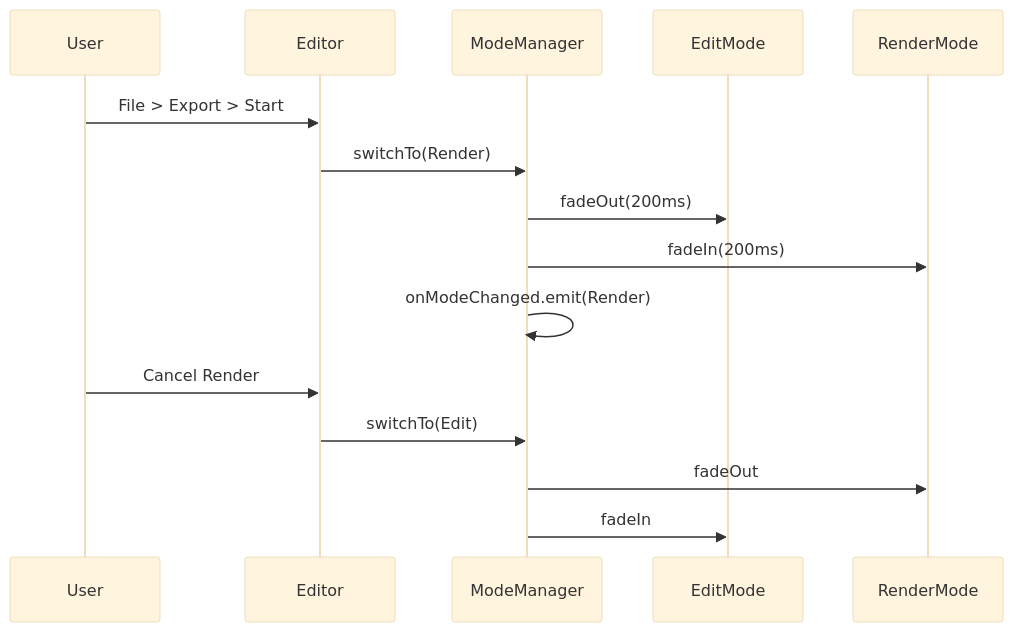
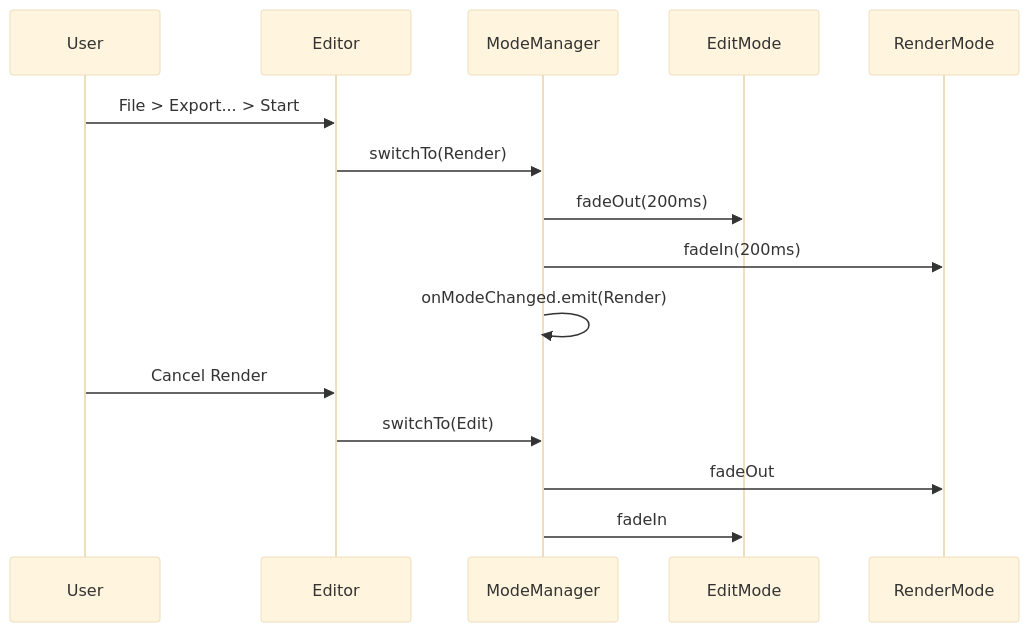
The first of 2 diagrams in docs/refactor/01-editor-architecture.md (Unny984/Playback), drawn with Mermaid (base theme) before and after one commit. The commit also changed other lines of this file and 1 other file, not shown here.

First line of the commit message:
docs: update editor architecture doc and add layout comparison page

````diff
--- a/docs/refactor/01-editor-architecture.md
+++ b/docs/refactor/01-editor-architecture.md
@@ -310,18 +308,18 @@
 ```mermaid
 sequenceDiagram
     participant U as User
     participant E as Editor
     participant MM as ModeManager
     participant EP as EditMode
     participant RP as RenderMode
 
-    U->>E: File > Export > Start
+    U->>E: File > Export... > Start
     E->>MM: switchTo(Render)
     MM->>EP: fadeOut(200ms)
     MM->>RP: fadeIn(200ms)
     MM->>MM: onModeChanged.emit(Render)
     U->>E: Cancel Render
     E->>MM: switchTo(Edit)
     MM->>RP: fadeOut
     MM->>EP: fadeIn
 ```
````
